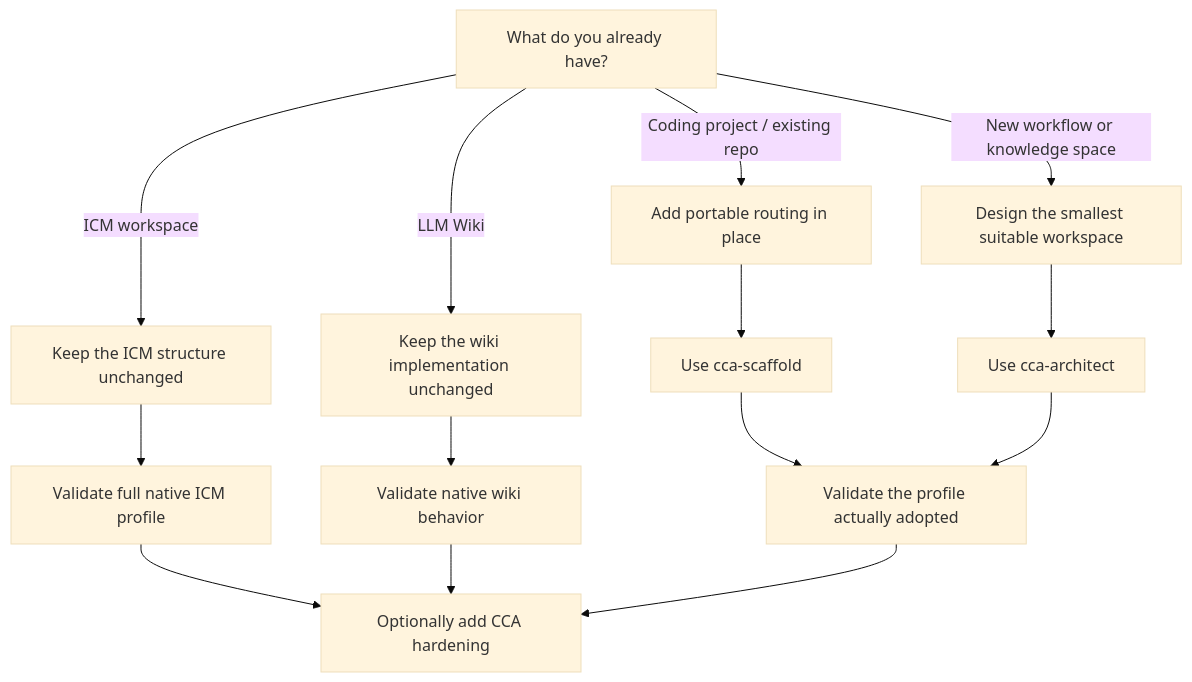
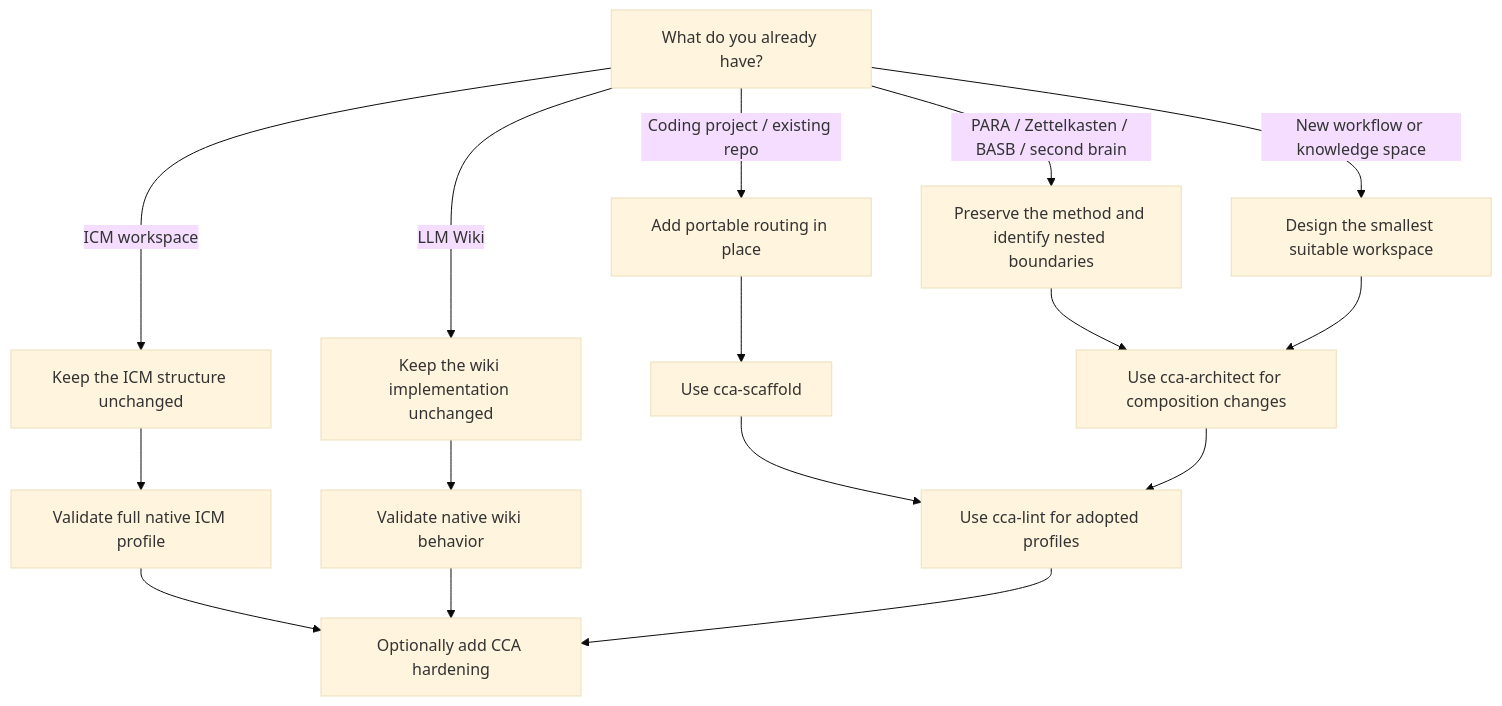
One commit to yonasuriv/CCA changed the first of 3 diagrams in docs/getting-started.md. Above: the diagram before and after it, drawn with Mermaid (base theme). The commit also changed other lines of this file, not shown here.

Commit message:
Add PKM and method-overlay onboarding paths

````diff
--- a/docs/getting-started.md
+++ b/docs/getting-started.md
@@ -7,19 +9,21 @@
 ```mermaid
 flowchart TD
     A["What do you already have?"]
     A -->|"ICM workspace"| B["Keep the ICM structure unchanged"]
     A -->|"LLM Wiki"| C["Keep the wiki implementation unchanged"]
+    A -->|"PARA / Zettelkasten / BASB / second brain"| P["Preserve the method and identify nested boundaries"]
     A -->|"Coding project / existing repo"| D["Add portable routing in place"]
     A -->|"New workflow or knowledge space"| E["Design the smallest suitable workspace"]
 
     B --> F["Validate full native ICM profile"]
     C --> G["Validate native wiki behavior"]
+    P --> I["Use cca-architect for composition changes"]
     D --> H["Use cca-scaffold"]
-    E --> I["Use cca-architect"]
+    E --> I
 
     F --> J["Optionally add CCA hardening"]
     G --> J
-    H --> K["Validate the profile actually adopted"]
+    H --> K["Use cca-lint for adopted profiles"]
     I --> K
     K --> J
 ```
````
